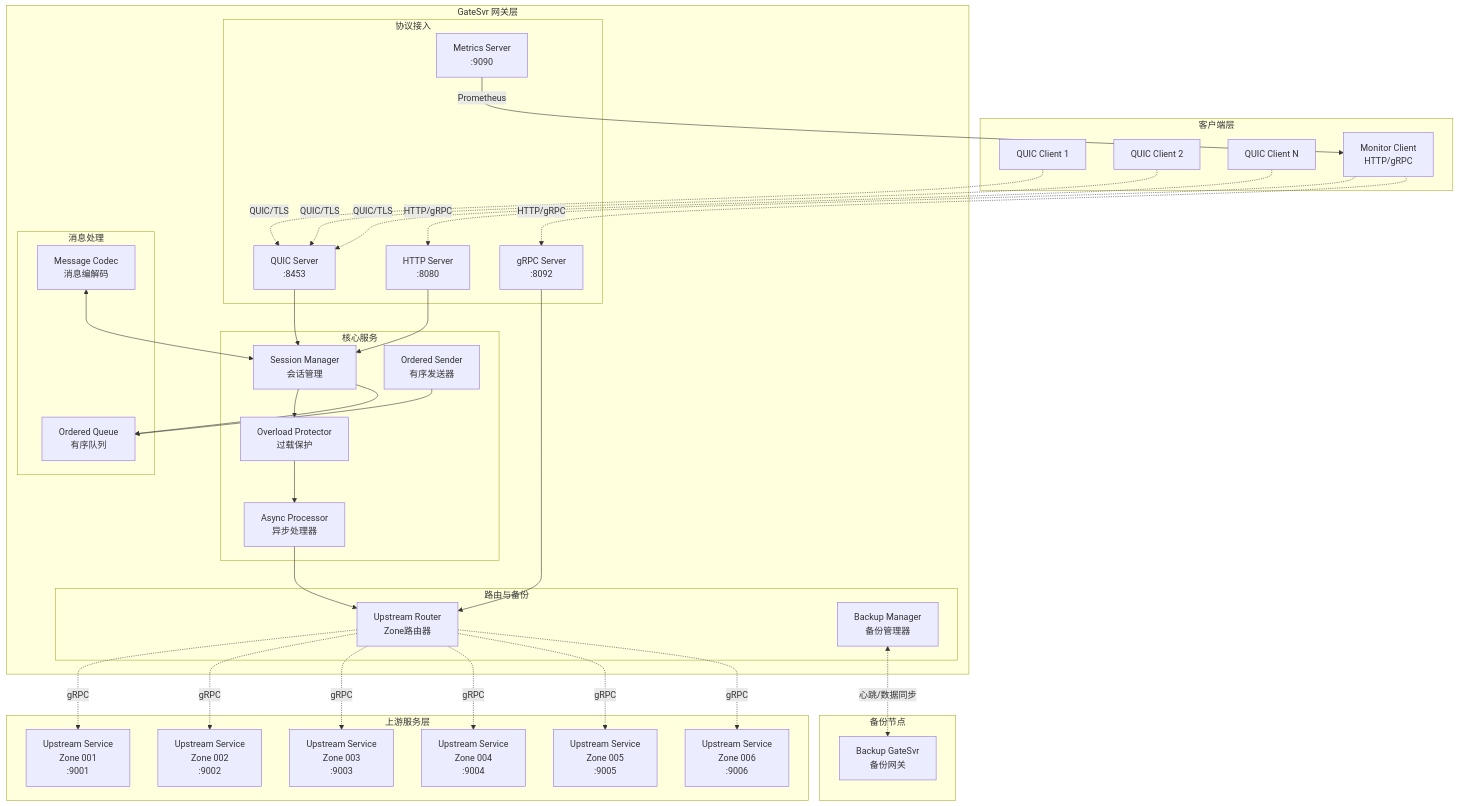
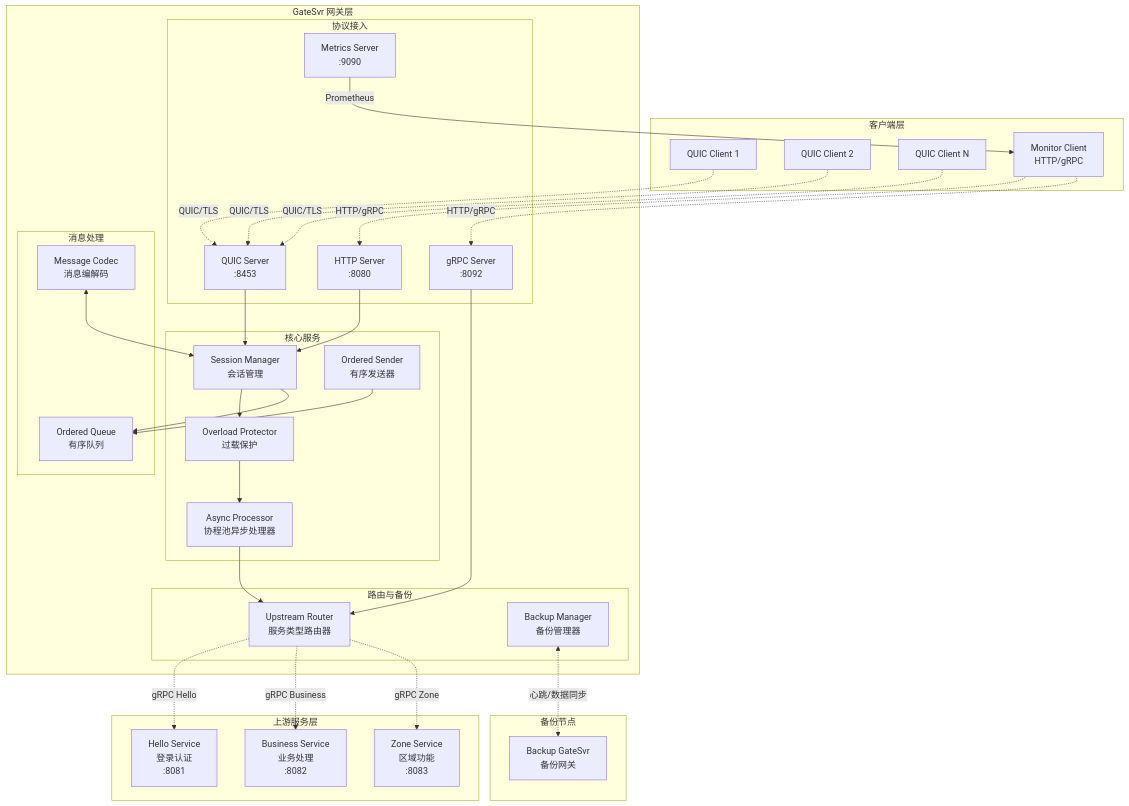
The first of 4 diagrams in TECHNICAL_DESIGN.md (XQI77/gateway_test), drawn with Mermaid before and after one commit. The commit also changed other lines of this file and 9 other files, not shown here.

````diff
--- a/TECHNICAL_DESIGN.md
+++ b/TECHNICAL_DESIGN.md
@@ -44,81 +44,75 @@
 ```mermaid
 graph TB
     subgraph "客户端层"
         C1[QUIC Client 1]
         C2[QUIC Client 2]
         C3[QUIC Client N]
         M[Monitor Client<br/>HTTP/gRPC]
     end
     
     subgraph "GateSvr 网关层"
         subgraph "协议接入"
             QS[QUIC Server<br/>:8453]
             HS[HTTP Server<br/>:8080]
             GS[gRPC Server<br/>:8092]
             MS[Metrics Server<br/>:9090]
         end
         
         subgraph "核心服务"
             SM[Session Manager<br/>会话管理]
             OP[Overload Protector<br/>过载保护]
-            AS[Async Processor<br/>异步处理器]
+            AS[Async Processor<br/>协程池异步处理器]
             OS[Ordered Sender<br/>有序发送器]
         end
         
         subgraph "路由与备份"
-            UR[Upstream Router<br/>Zone路由器]
+            UR[Upstream Router<br/>服务类型路由器]
             BM[Backup Manager<br/>备份管理器]
         end
         
         subgraph "消息处理"
             MC[Message Codec<br/>消息编解码]
             OQ[Ordered Queue<br/>有序队列]
         end
     end
     
     subgraph "上游服务层"
-        U1[Upstream Service<br/>Zone 001<br/>:9001]
-        U2[Upstream Service<br/>Zone 002<br/>:9002]
-        U3[Upstream Service<br/>Zone 003<br/>:9003]
-        U4[Upstream Service<br/>Zone 004<br/>:9004]
-        U5[Upstream Service<br/>Zone 005<br/>:9005]
-        U6[Upstream Service<br/>Zone 006<br/>:9006]
+        U1[Hello Service<br/>登录认证<br/>:8081]
+        U2[Business Service<br/>业务处理<br/>:8082]
+        U3[Zone Service<br/>区域功能<br/>:8083]
     end
     
     subgraph "备份节点"
         BS[Backup GateSvr<br/>备份网关]
     end
     
     %% 客户端连接
     C1 -.->|QUIC/TLS| QS
     C2 -.->|QUIC/TLS| QS
     C3 -.->|QUIC/TLS| QS
     M -.->|HTTP/gRPC| HS
     M -.->|HTTP/gRPC| GS
     
     %% 内部流转
     QS --> SM
     HS --> SM
     GS --> UR
     
     SM --> OP
     SM --> OQ
     OP --> AS
     AS --> UR
     OS --> OQ
     MC <--> SM
     
     %% 路由到上游
-    UR -.->|gRPC| U1
-    UR -.->|gRPC| U2
-    UR -.->|gRPC| U3
-    UR -.->|gRPC| U4
-    UR -.->|gRPC| U5
-    UR -.->|gRPC| U6
+    UR -.->|gRPC Hello| U1
+    UR -.->|gRPC Business| U2
+    UR -.->|gRPC Zone| U3
     
     %% 备份同步
     BM <-.->|心跳/数据同步| BS
     
     %% 监控
     MS --> |Prometheus| M
 ```
````
